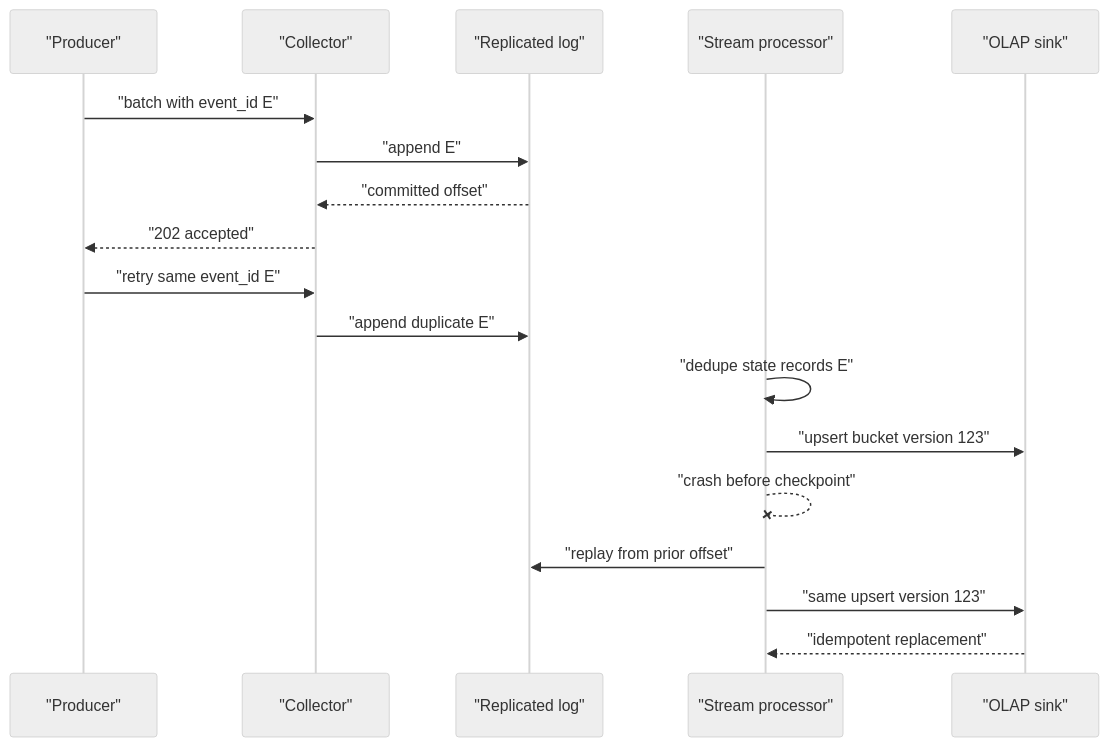
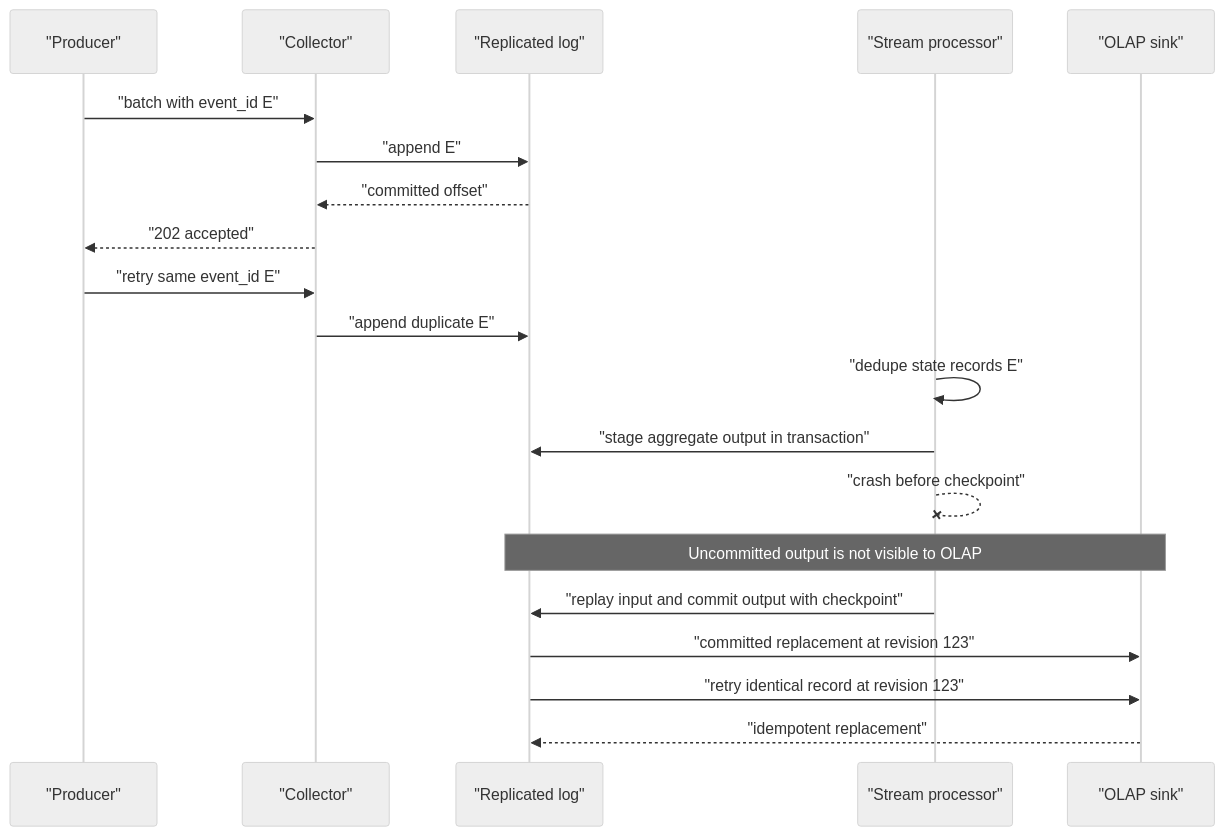
Before and after one commit to Pranshu258/system-design: the third of 5 diagrams in ad-click-aggregator-system-design.md, drawn with Mermaid (neutral theme). The commit also changed other lines of this file and 23 other files, not shown here.

````diff
--- a/ad-click-aggregator-system-design.md
+++ b/ad-click-aggregator-system-design.md
@@ -205,20 +210,22 @@
 ```mermaid
 sequenceDiagram
     participant Prod as "Producer"
     participant Col as "Collector"
     participant Log as "Replicated log"
     participant Flink as "Stream processor"
     participant Olap as "OLAP sink"
     Prod->>Col: "batch with event_id E"
     Col->>Log: "append E"
     Log-->>Col: "committed offset"
     Col-->>Prod: "202 accepted"
     Prod->>Col: "retry same event_id E"
     Col->>Log: "append duplicate E"
     Flink->>Flink: "dedupe state records E"
-    Flink->>Olap: "upsert bucket version 123"
+    Flink->>Log: "stage aggregate output in transaction"
     Flink--xFlink: "crash before checkpoint"
-    Flink->>Log: "replay from prior offset"
-    Flink->>Olap: "same upsert version 123"
-    Olap-->>Flink: "idempotent replacement"
+    Note over Log,Olap: Uncommitted output is not visible to OLAP
+    Flink->>Log: "replay input and commit output with checkpoint"
+    Log->>Olap: "committed replacement at revision 123"
+    Log->>Olap: "retry identical record at revision 123"
+    Olap-->>Log: "idempotent replacement"
 ```
````
